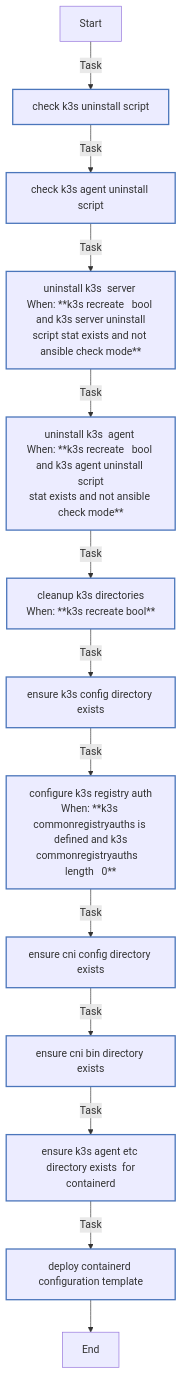
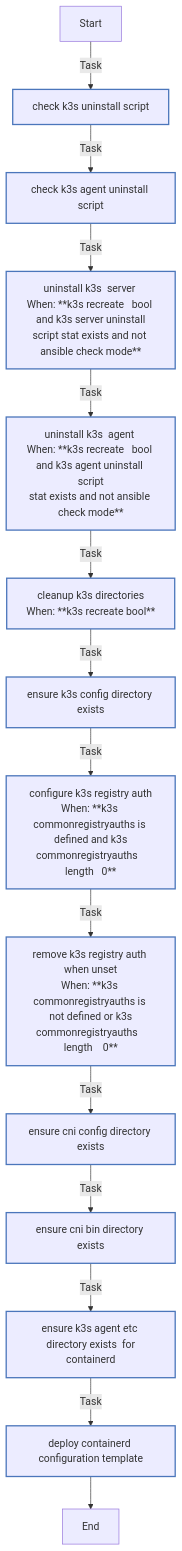
One commit to rou-cru/k3s-homelab changed the diagram in roles/k3s_common/README.md. Above: the diagram before and after it, drawn with Mermaid. The commit also changed other lines of this file and 57 other files, not shown here.

````diff
--- a/roles/k3s_common/README.md
+++ b/roles/k3s_common/README.md
@@ -125,25 +128,26 @@
 ```mermaid
 flowchart TD
 Start
 classDef block stroke:#3498db,stroke-width:2px;
 classDef task stroke:#4b76bb,stroke-width:2px;
 classDef includeTasks stroke:#16a085,stroke-width:2px;
 classDef importTasks stroke:#34495e,stroke-width:2px;
 classDef includeRole stroke:#2980b9,stroke-width:2px;
 classDef importRole stroke:#699ba7,stroke-width:2px;
 classDef includeVars stroke:#8e44ad,stroke-width:2px;
 classDef rescue stroke:#665352,stroke-width:2px;
 
   Start-->|Task| Check_K3s_uninstall_script0[check k3s uninstall script]:::task
   Check_K3s_uninstall_script0-->|Task| Check_K3s_agent_uninstall_script1[check k3s agent uninstall script]:::task
   Check_K3s_agent_uninstall_script1-->|Task| Uninstall_K3s__Server_2[uninstall k3s  server <br>When: **k3s recreate   bool and k3s server uninstall<br>script stat exists and not ansible check mode**]:::task
   Uninstall_K3s__Server_2-->|Task| Uninstall_K3s__Agent_3[uninstall k3s  agent <br>When: **k3s recreate   bool and k3s agent uninstall script<br>stat exists and not ansible check mode**]:::task
   Uninstall_K3s__Agent_3-->|Task| Cleanup_K3s_directories4[cleanup k3s directories<br>When: **k3s recreate   bool**]:::task
   Cleanup_K3s_directories4-->|Task| Ensure_K3s_config_directory_exists5[ensure k3s config directory exists]:::task
   Ensure_K3s_config_directory_exists5-->|Task| Configure_K3s_registry_auth6[configure k3s registry auth<br>When: **k3s commonregistryauths is defined and k3s<br>commonregistryauths   length   0**]:::task
-  Configure_K3s_registry_auth6-->|Task| Ensure_CNI_config_directory_exists7[ensure cni config directory exists]:::task
-  Ensure_CNI_config_directory_exists7-->|Task| Ensure_CNI_bin_directory_exists8[ensure cni bin directory exists]:::task
-  Ensure_CNI_bin_directory_exists8-->|Task| Ensure_K3s_agent_etc_directory_exists__for_containerd_9[ensure k3s agent etc directory exists  for<br>containerd ]:::task
-  Ensure_K3s_agent_etc_directory_exists__for_containerd_9-->|Task| Deploy_containerd_configuration_template10[deploy containerd configuration template]:::task
-  Deploy_containerd_configuration_template10-->End
+  Configure_K3s_registry_auth6-->|Task| Remove_K3s_registry_auth_when_unset7[remove k3s registry auth when unset<br>When: **k3s commonregistryauths is not defined or k3s<br>commonregistryauths   length    0**]:::task
+  Remove_K3s_registry_auth_when_unset7-->|Task| Ensure_CNI_config_directory_exists8[ensure cni config directory exists]:::task
+  Ensure_CNI_config_directory_exists8-->|Task| Ensure_CNI_bin_directory_exists9[ensure cni bin directory exists]:::task
+  Ensure_CNI_bin_directory_exists9-->|Task| Ensure_K3s_agent_etc_directory_exists__for_containerd_10[ensure k3s agent etc directory exists  for<br>containerd ]:::task
+  Ensure_K3s_agent_etc_directory_exists__for_containerd_10-->|Task| Deploy_containerd_configuration_template11[deploy containerd configuration template]:::task
+  Deploy_containerd_configuration_template11-->End
 ```
````
